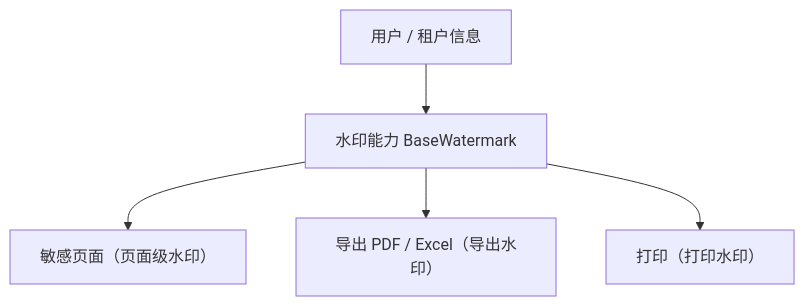
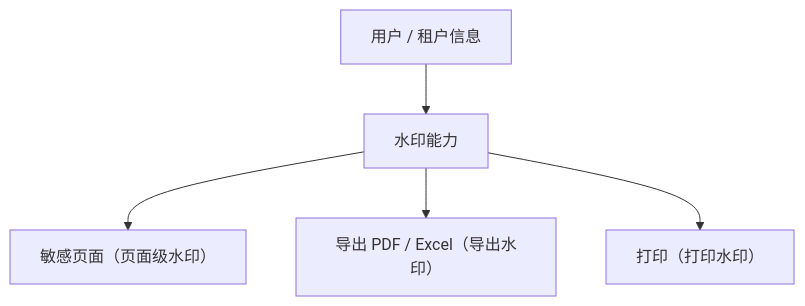
One commit to minjian123/basic-management-system changed the diagram in bms文档/设计/组件设计/02_基础组件类/02_能力类/30_组件设计_水印能力/30_组件设计_水印能力.md. Above: the diagram before and after it, drawn with Mermaid. The commit also changed other lines of this file and 238 other files, not shown here.

````diff
--- a/bms文档/设计/组件设计/02_基础组件类/02_能力类/30_组件设计_水印能力/30_组件设计_水印能力.md
+++ b/bms文档/设计/组件设计/02_基础组件类/02_能力类/30_组件设计_水印能力/30_组件设计_水印能力.md
@@ -15,7 +16,7 @@
 ```mermaid
 flowchart TD
-    W["水印能力 BaseWatermark"] --> P["敏感页面（页面级水印）"]
+    W["水印能力"] --> P["敏感页面（页面级水印）"]
     W --> E["导出 PDF / Excel（导出水印）"]
     W --> PR["打印（打印水印）"]
     U["用户 / 租户信息"] --> W
 ```
````
